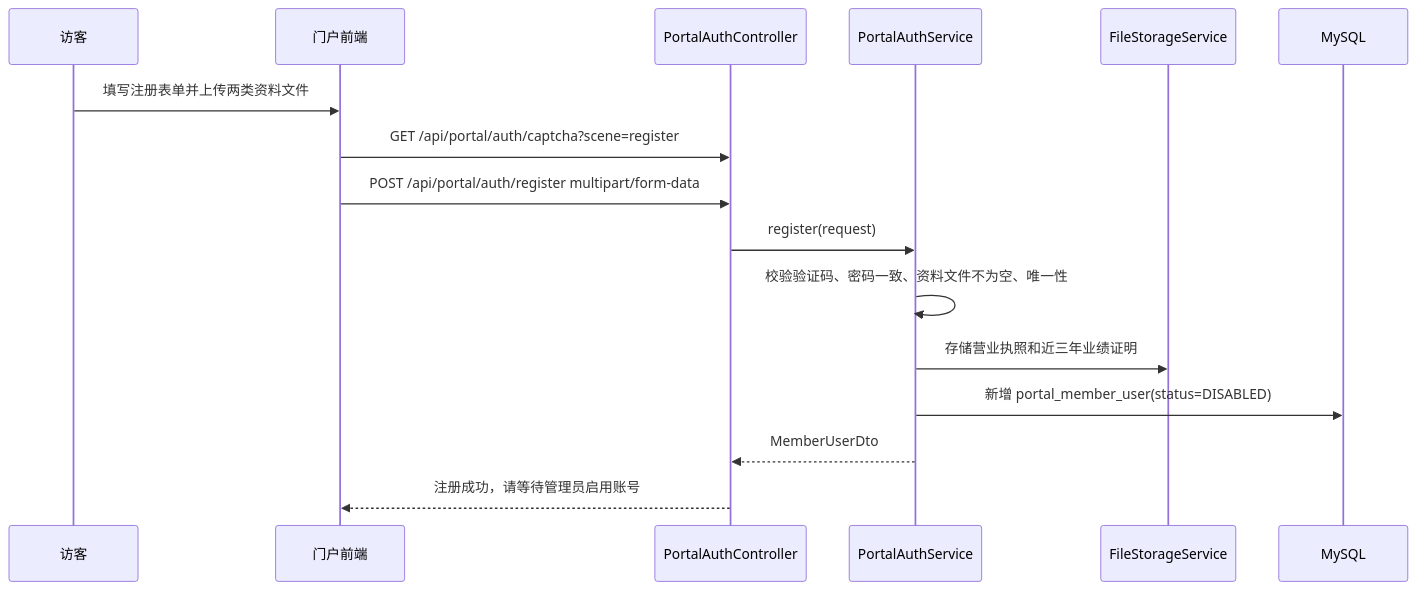
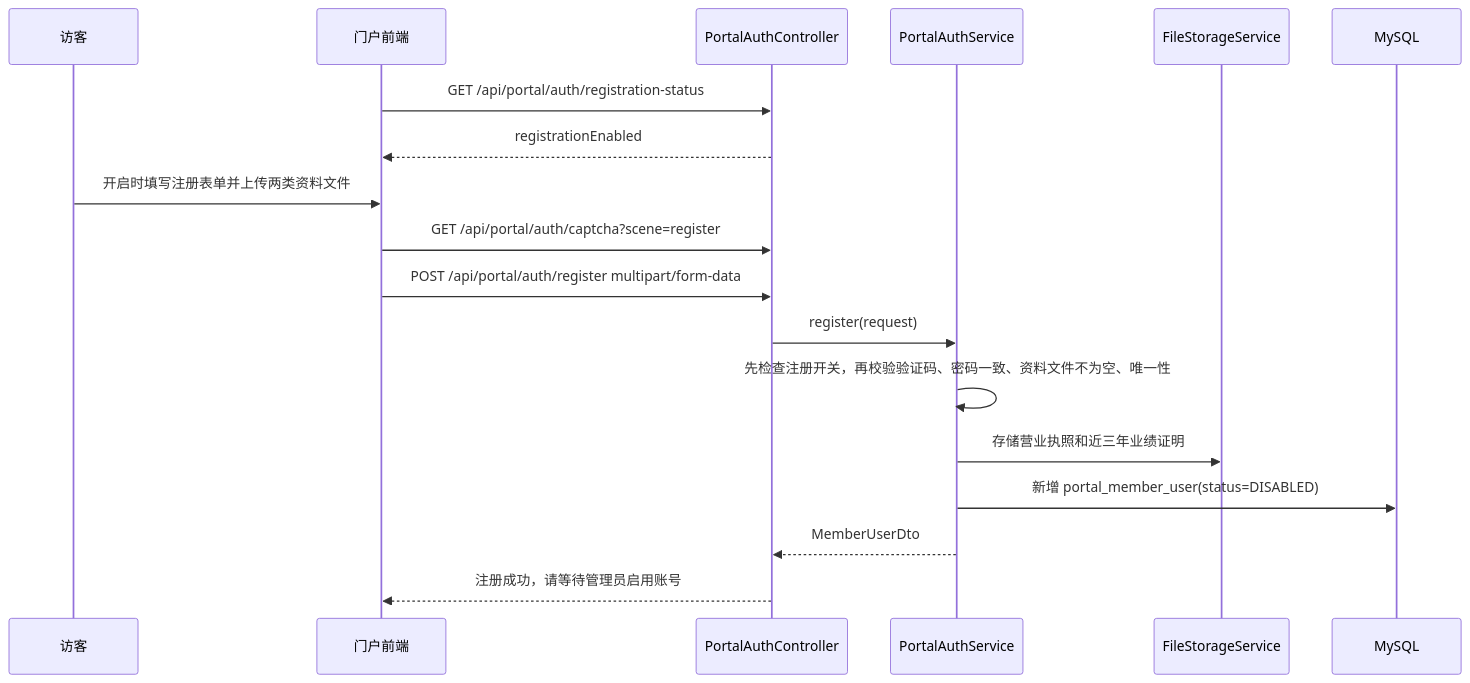
Before and after one commit to zhoubin930826-jpg/zhaobiao: the first of 2 diagrams in docs/知识文档/00-核心业务/会员准入与门户使用.md, drawn with Mermaid. The commit also changed other lines of this file and 27 other files, not shown here.

````diff
--- a/docs/知识文档/00-核心业务/会员准入与门户使用.md
+++ b/docs/知识文档/00-核心业务/会员准入与门户使用.md
@@ -22,19 +33,21 @@
 ```mermaid
 sequenceDiagram
     participant U as 访客
     participant P as 门户前端
     participant A as PortalAuthController
     participant S as PortalAuthService
     participant FS as FileStorageService
     participant DB as MySQL
 
-    U->>P: 填写注册表单并上传两类资料文件
+    P->>A: GET /api/portal/auth/registration-status
+    A-->>P: registrationEnabled
+    U->>P: 开启时填写注册表单并上传两类资料文件
     P->>A: GET /api/portal/auth/captcha?scene=register
     P->>A: POST /api/portal/auth/register multipart/form-data
     A->>S: register(request)
-    S->>S: 校验验证码、密码一致、资料文件不为空、唯一性
+    S->>S: 先检查注册开关，再校验验证码、密码一致、资料文件不为空、唯一性
     S->>FS: 存储营业执照和近三年业绩证明
     S->>DB: 新增 portal_member_user(status=DISABLED)
     S-->>A: MemberUserDto
     A-->>P: 注册成功，请等待管理员启用账号
 ```
````
